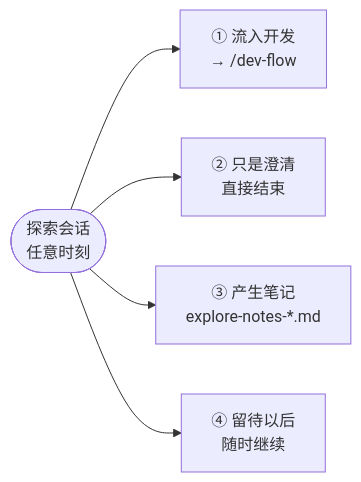
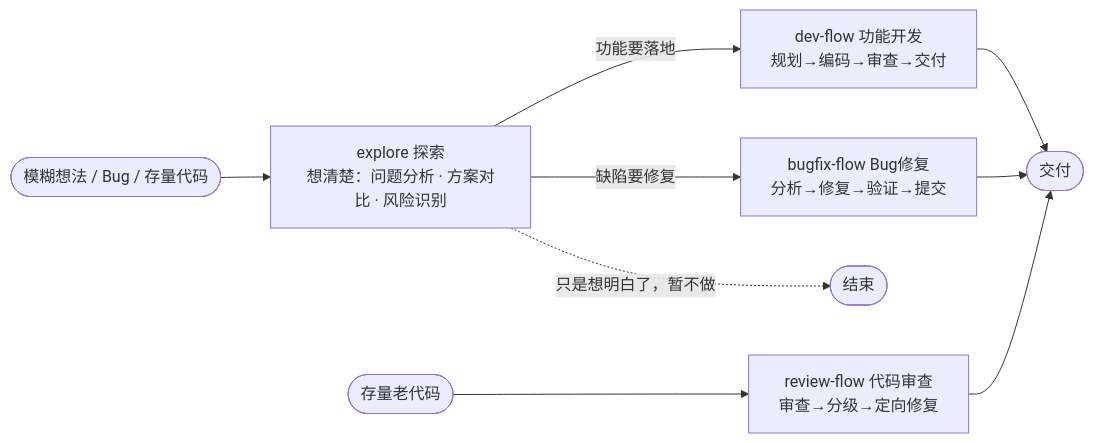
The first of 4 diagrams in docs/AI工作流Workflow介绍与使用.md (GMshuS/opencode-study), drawn with Mermaid before and after one commit. The commit also changed other lines of this file, not shown here.

````diff
--- a/docs/AI工作流Workflow介绍与使用.md
+++ b/docs/AI工作流Workflow介绍与使用.md
@@ -230,7 +188,11 @@
 ```mermaid
 flowchart LR
-    EX(["探索会话<br/>任意时刻"]) --> O1["① 流入开发<br/>→ /dev-flow"]
-    EX --> O2["② 只是澄清<br/>直接结束"]
-    EX --> O3["③ 产生笔记<br/>explore-notes-*.md"]
-    EX --> O4["④ 留待以后<br/>随时继续"]
+    IDEA(["模糊想法 / Bug / 存量代码"]) --> EX["explore 探索<br/>想清楚：问题分析 · 方案对比 · 风险识别"]
+    EX -->|"功能要落地"| DEV["dev-flow 功能开发<br/>规划→编码→审查→交付"]
+    EX -->|"缺陷要修复"| BF["bugfix-flow Bug修复<br/>分析→修复→验证→提交"]
+    EX -.->|"只是想明白了，暂不做"| END(["结束"])
+    OLD(["存量老代码"]) --> RV["review-flow 代码审查<br/>审查→分级→定向修复"]
+    DEV --> DONE(["交付"])
+    BF --> DONE
+    RV --> DONE
 ```
````
